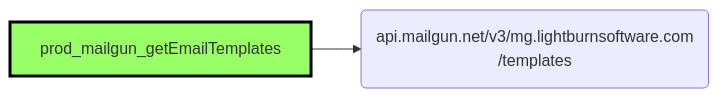
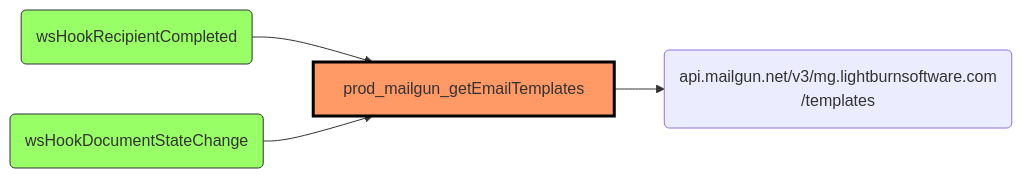
One commit to joze-liburn/uibakery changed the fourth of 28 diagrams in actionslib.md. Above: the diagram before and after it, drawn with Mermaid. The commit also changed other lines of this file and 3 other files, not shown here.

Commit message:
Added calls between automations and actions so that each pair appears twice. Two missing web services. Added overall call graph. Fixed internal symbol names.

````diff
--- a/actionslib.md
+++ b/actionslib.md
@@ -134,11 +135,14 @@
 ```mermaid
 graph LR
-  classDef this fill:#9f6,stroke:#000,stroke-width:3;
+  classDef this fill:#f96,stroke:#000,stroke-width:3;
   classDef automation fill:#9f6,stroke:#333;
   classDef action fill:#f96,stroke:#333;
   classDef database fill:#96f,stroke:#333;
 
   act04[prod_mailgun_getEmailTemplates] --> mailgun(api.mailgun.net/v3/mg.lightburnsoftware.com<br>/templates)
-  
+  aut34(wsHookRecipientCompleted) --> act04[prod_mailgun_getEmailTemplates]
+  aut36(wsHookDocumentStateChange) --> act04[prod_mailgun_getEmailTemplates]
+
   class act04 this
+  class aut34,aut36 automation
 ```
````
